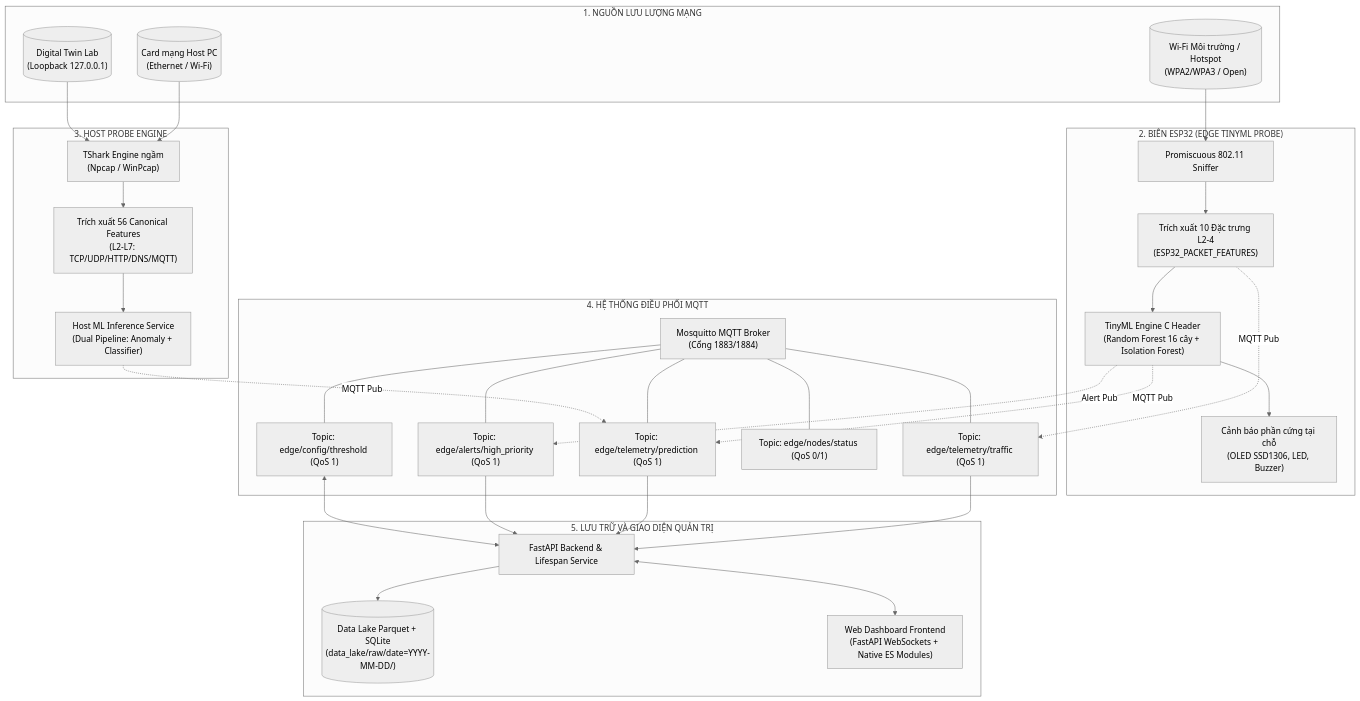
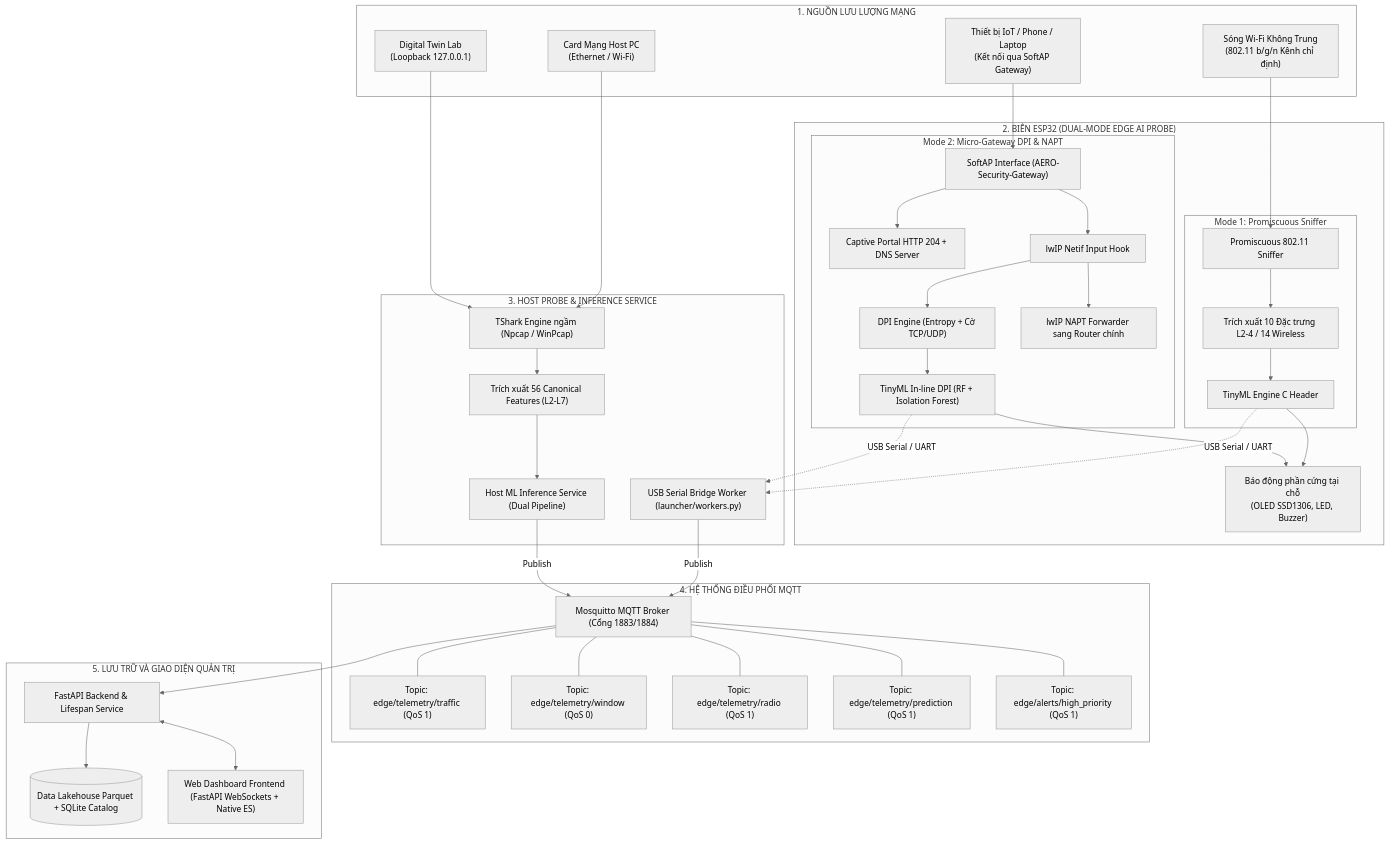
One commit to NguyenDucAnh-2k6/STT-2026 changed the first of 3 diagrams in README.md. Above: the diagram before and after it, drawn with Mermaid (neutral theme). The commit also changed other lines of this file and 91 other files, not shown here.

````diff
--- a/README.md
+++ b/README.md
@@ -54,64 +55,81 @@
 ```mermaid
 flowchart TD
     subgraph Traffic_Sources["1. NGUỒN LƯU LƯỢNG MẠNG"]
-        WiFi[("Wi-Fi Môi trường / Hotspot<br/>(WPA2/WPA3 / Open)")]
-        HostNIC[("Card mạng Host PC<br/>(Ethernet / Wi-Fi)")]
-        TwinLab[("Digital Twin Lab<br/>(Loopback 127.0.0.1)")]
+        WiFi_Air["Sóng Wi-Fi Không Trung<br/>(802.11 b/g/n Kênh chỉ định)"]
+        Client_Dev["Thiết bị IoT / Phone / Laptop<br/>(Kết nối qua SoftAP Gateway)"]
+        HostNIC["Card Mạng Host PC<br/>(Ethernet / Wi-Fi)"]
+        TwinLab["Digital Twin Lab<br/>(Loopback 127.0.0.1)"]
     end
 
-    subgraph Edge_Tier["2. BIÊN ESP32 (EDGE TINYML PROBE)"]
-        Sniffer["Promiscuous 802.11 Sniffer"]
-        L24_Extract["Trích xuất 10 Đặc trưng L2-4<br/>(ESP32_PACKET_FEATURES)"]
-        TinyML["TinyML Engine C Header<br/>(Random Forest 16 cây + Isolation Forest)"]
-        LocalAlert["Cảnh báo phần cứng tại chỗ<br/>(OLED SSD1306, LED, Buzzer)"]
-        
-        Sniffer --> L24_Extract --> TinyML
-        TinyML --> LocalAlert
+    subgraph Edge_Tier["2. BIÊN ESP32 (DUAL-MODE EDGE AI PROBE)"]
+        subgraph Mode_Sniffer["Mode 1: Promiscuous Sniffer"]
+            Sniff_L2["Promiscuous 802.11 Sniffer"]
+            L2_Extract["Trích xuất 10 Đặc trưng L2-4 / 14 Wireless"]
+            TinyML_Sniff["TinyML Engine C Header"]
+            Sniff_L2 --> L2_Extract --> TinyML_Sniff
+        end
+
+        subgraph Mode_Gateway["Mode 2: Micro-Gateway DPI & NAPT"]
+            SoftAP_IF["SoftAP Interface (AERO-Security-Gateway)"]
+            Portal_DNS["Captive Portal HTTP 204 + DNS Server"]
+            Netif_Hook["lwIP Netif Input Hook"]
+            DPI_Entropy["DPI Engine (Entropy + Cờ TCP/UDP)"]
+            TinyML_GW["TinyML In-line DPI (RF + Isolation Forest)"]
+            NAPT_Route["lwIP NAPT Forwarder sang Router chính"]
+
+            SoftAP_IF --> Portal_DNS
+            SoftAP_IF --> Netif_Hook
+            Netif_Hook --> DPI_Entropy --> TinyML_GW
+            Netif_Hook --> NAPT_Route
+        end
+
+        LocalAlert["Báo động phần cứng tại chỗ<br/>(OLED SSD1306, LED, Buzzer)"]
+        TinyML_Sniff --> LocalAlert
+        TinyML_GW --> LocalAlert
     end
 
-    subgraph Host_Tier["3. HOST PROBE ENGINE"]
-        TShark["TShark Engine ngầm<br/>(Npcap / WinPcap)"]
-        L7_Extract["Trích xuất 56 Canonical Features<br/>(L2-L7: TCP/UDP/HTTP/DNS/MQTT)"]
-        HostInference["Host ML Inference Service<br/>(Dual Pipeline: Anomaly + Classifier)"]
+    subgraph Host_Tier["3. HOST PROBE & INFERENCE SERVICE"]
+        TShark["TShark Engine ngầm (Npcap / WinPcap)"]
+        L7_Extract["Trích xuất 56 Canonical Features (L2-L7)"]
+        HostInference["Host ML Inference Service (Dual Pipeline)"]
+        USBBridge["USB Serial Bridge Worker (launcher/workers.py)"]
 
         TShark --> L7_Extract --> HostInference
     end
 
     subgraph Messaging["4. HỆ THỐNG ĐIỀU PHỐI MQTT"]
-        Broker["Mosquitto MQTT Broker<br/>(Cổng 1883/1884)"]
+        Broker["Mosquitto MQTT Broker (Cổng 1883/1884)"]
         T_Traffic["Topic: edge/telemetry/traffic (QoS 1)"]
+        T_Window["Topic: edge/telemetry/window (QoS 0)"]
+        T_Radio["Topic: edge/telemetry/radio (QoS 1)"]
         T_Pred["Topic: edge/telemetry/prediction (QoS 1)"]
         T_Alert["Topic: edge/alerts/high_priority (QoS 1)"]
-        T_Nodes["Topic: edge/nodes/status (QoS 0/1)"]
-        T_Config["Topic: edge/config/threshold (QoS 1)"]
 
         Broker --- T_Traffic
+        Broker --- T_Window
+        Broker --- T_Radio
         Broker --- T_Pred
         Broker --- T_Alert
-        Broker --- T_Nodes
-        Broker --- T_Config
     end
 
     subgraph Storage_Dashboard["5. LƯU TRỮ VÀ GIAO DIỆN QUẢN TRỊ"]
         FastAPI["FastAPI Backend & Lifespan Service"]
-        DataLake[("Data Lake Parquet + SQLite<br/>(data_lake/raw/date=YYYY-MM-DD/)")]
-        WebUI["Web Dashboard Frontend<br/>(FastAPI WebSockets + Native ES Modules)"]
+        DataLake[("Data Lakehouse Parquet + SQLite Catalog")]
+        WebUI["Web Dashboard Frontend (FastAPI WebSockets + Native ES)"]
 
         FastAPI --> DataLake
         FastAPI <--> WebUI
     end
 
-    WiFi --> Sniffer
+    WiFi_Air --> Sniff_L2
+    Client_Dev --> SoftAP_IF
     HostNIC --> TShark
     TwinLab --> TShark
 
-    TinyML -.->|"MQTT Pub"| T_Pred
-    L24_Extract -.->|"MQTT Pub"| T_Traffic
-    TinyML -.->|"Alert Pub"| T_Alert
-    HostInference -.->|"MQTT Pub"| T_Pred
+    TinyML_Sniff -.->|"USB Serial / UART"| USBBridge
+    TinyML_GW -.->|"USB Serial / UART"| USBBridge
+    USBBridge -->|"Publish"| Broker
+    HostInference -->|"Publish"| Broker
 
-    T_Traffic --> FastAPI
-    T_Pred --> FastAPI
-    T_Alert --> FastAPI
-    T_Config <--> FastAPI
+    Broker --> FastAPI
 ```
````
